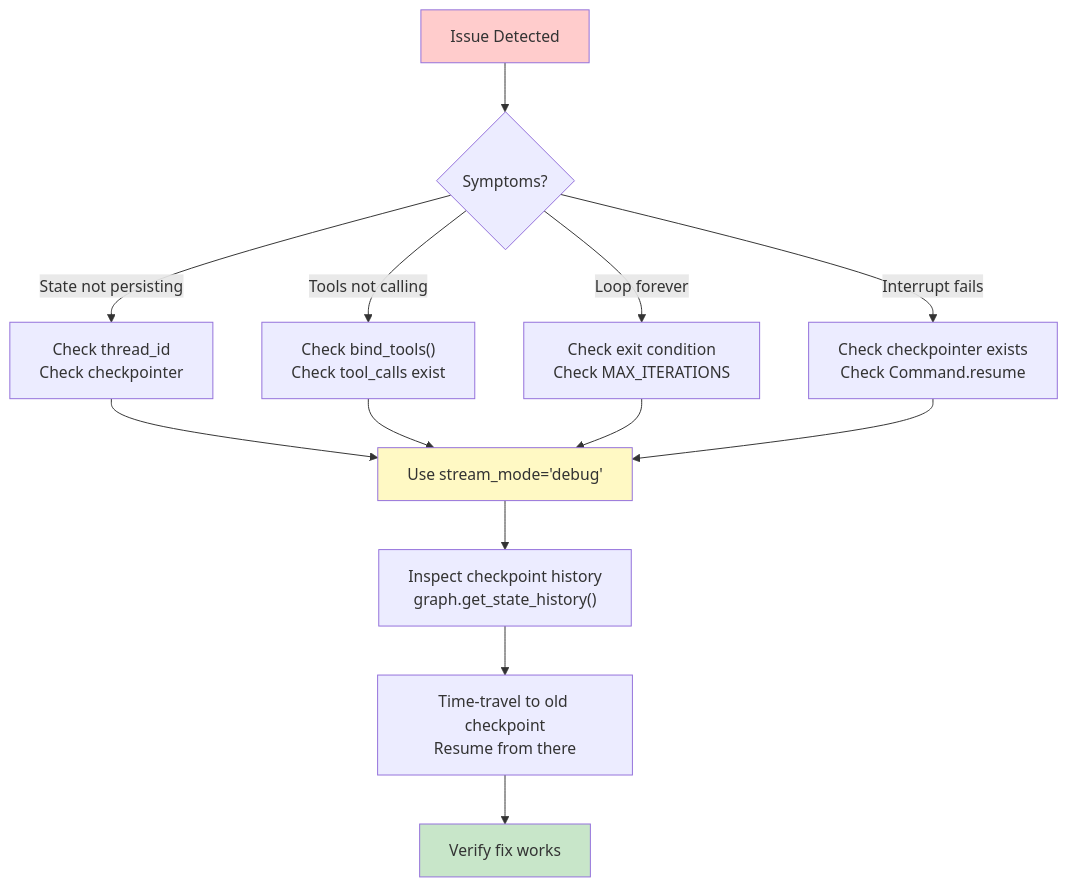
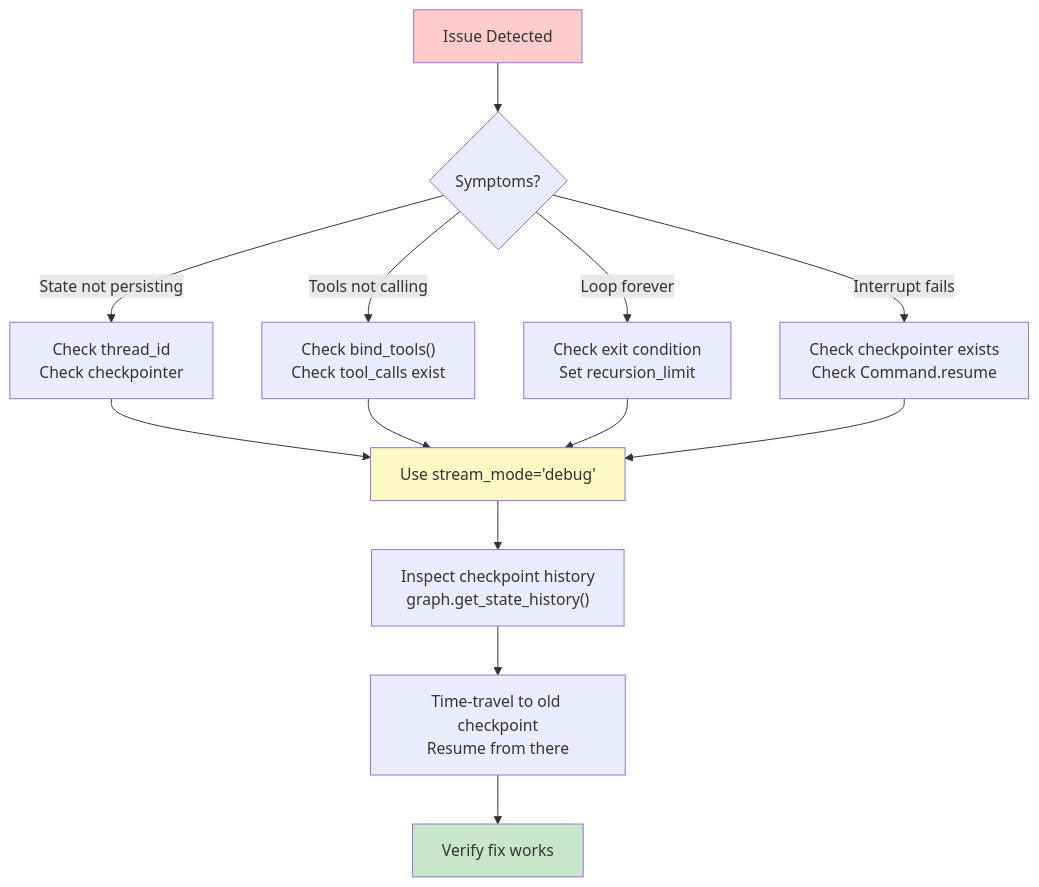
Before and after one commit to CodeHalwell/AgentGuides: diagram 21 of 21 in src/content/docs/langgraph-guide/python/langgraph_diagrams.md, drawn with Mermaid. The commit also changed other lines of this file and 30 other files, not shown here.

````diff
--- a/src/content/docs/langgraph-guide/python/langgraph_diagrams.md
+++ b/src/content/docs/langgraph-guide/python/langgraph_diagrams.md
@@ -648,26 +625,26 @@
 ```mermaid
 graph TD
     Issue["Issue Detected"]
     
     Issue --> Symptoms{"Symptoms?"}
     
     Symptoms -->|State not persisting| Check1["Check thread_id<br/>Check checkpointer"]
     Symptoms -->|Tools not calling| Check2["Check bind_tools()<br/>Check tool_calls exist"]
-    Symptoms -->|Loop forever| Check3["Check exit condition<br/>Check MAX_ITERATIONS"]
+    Symptoms -->|Loop forever| Check3["Check exit condition<br/>Set recursion_limit"]
     Symptoms -->|Interrupt fails| Check4["Check checkpointer exists<br/>Check Command.resume"]
     
     Check1 --> Stream["Use stream_mode='debug'"]
     Check2 --> Stream
     Check3 --> Stream
     Check4 --> Stream
     
     Stream --> Inspect["Inspect checkpoint history<br/>graph.get_state_history()"]
     
     Inspect --> TimeTravelDebug["Time-travel to old checkpoint<br/>Resume from there"]
     
     TimeTravelDebug --> Verify["Verify fix works"]
     
     style Issue fill:#ffcccc
     style Stream fill:#fff9c4
     style Verify fill:#c8e6c9
 ```
````
